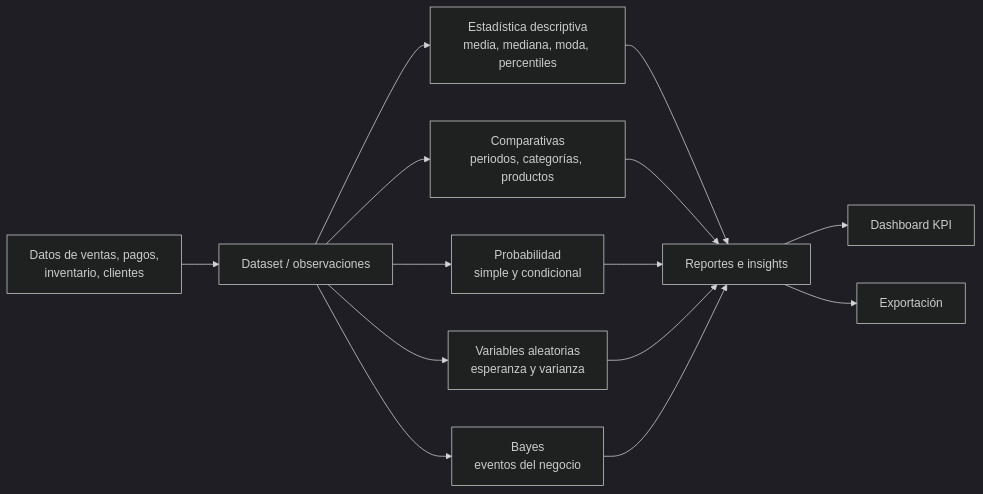
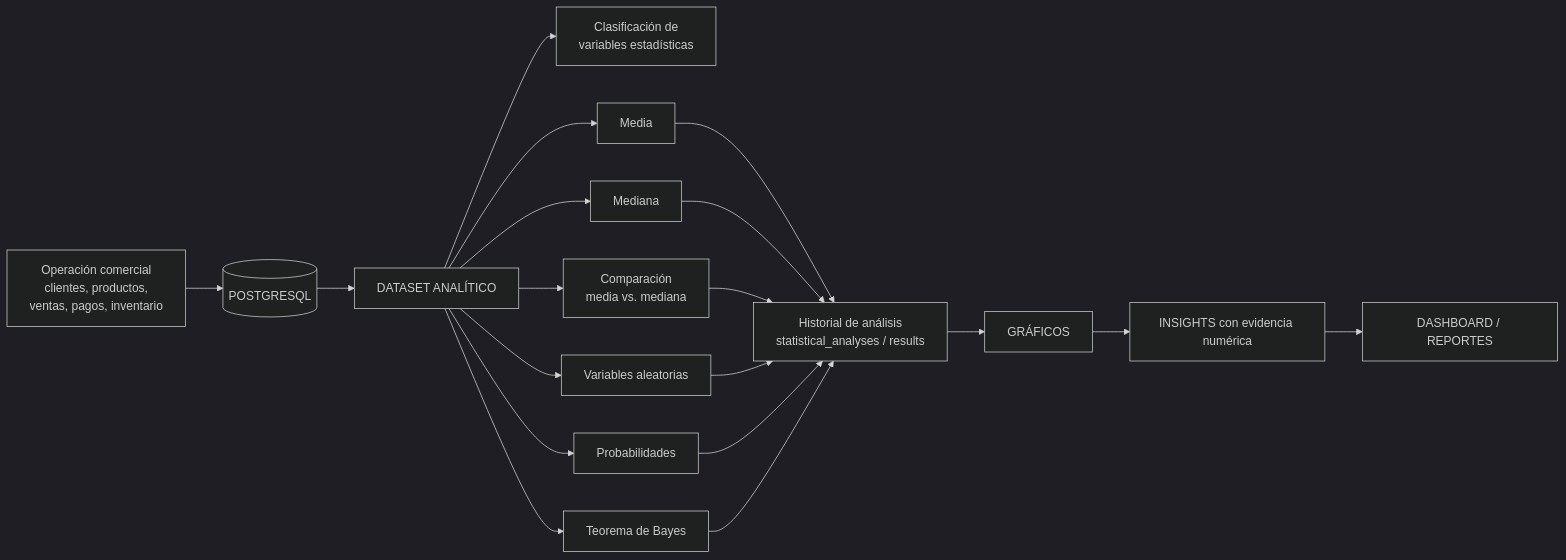
One commit to Grupo-04-Senati/SALESIA-ENTERPRISE changed the fifth of 5 diagrams in docs/01_requisitos.md. Above: the diagram before and after it, drawn with Mermaid (dark theme). The commit also changed other lines of this file, not shown here.

First line of the commit message:
Fase 01 - Revision del documento de requisitos contra el Plan Integral v1.0

````diff
--- a/docs/01_requisitos.md
+++ b/docs/01_requisitos.md
@@ -214,16 +261,21 @@
 ```mermaid
 flowchart LR
-    V[Datos de ventas, pagos,<br/>inventario, clientes] --> D[Dataset / observaciones]
-    D --> E1[Estadística descriptiva<br/>media, mediana, moda, percentiles]
-    D --> E2[Comparativas<br/>periodos, categorías, productos]
-    D --> E3[Probabilidad<br/>simple y condicional]
-    D --> E4[Variables aleatorias<br/>esperanza y varianza]
-    D --> E5[Bayes<br/>eventos del negocio]
-    E1 --> R[Reportes e insights]
-    E2 --> R
-    E3 --> R
-    E4 --> R
-    E5 --> R
-    R --> K[Dashboard KPI]
-    R --> X[Exportación]
+    V[Operación comercial<br/>clientes, productos,<br/>ventas, pagos, inventario] --> D[(POSTGRESQL)]
+    D --> DS[DATASET ANALÍTICO]
+    DS --> V1[Clasificación de<br/>variables estadísticas]
+    DS --> M1[Media]
+    DS --> M2[Mediana]
+    DS --> M3[Comparación<br/>media vs. mediana]
+    DS --> VA[Variables aleatorias]
+    DS --> PR[Probabilidades]
+    DS --> BY[Teorema de Bayes]
+    M1 --> H[Historial de análisis<br/>statistical_analyses / results]
+    M2 --> H
+    M3 --> H
+    VA --> H
+    PR --> H
+    BY --> H
+    H --> G[GRÁFICOS]
+    G --> I[INSIGHTS con evidencia numérica]
+    I --> K[DASHBOARD / REPORTES]
 ```
````
